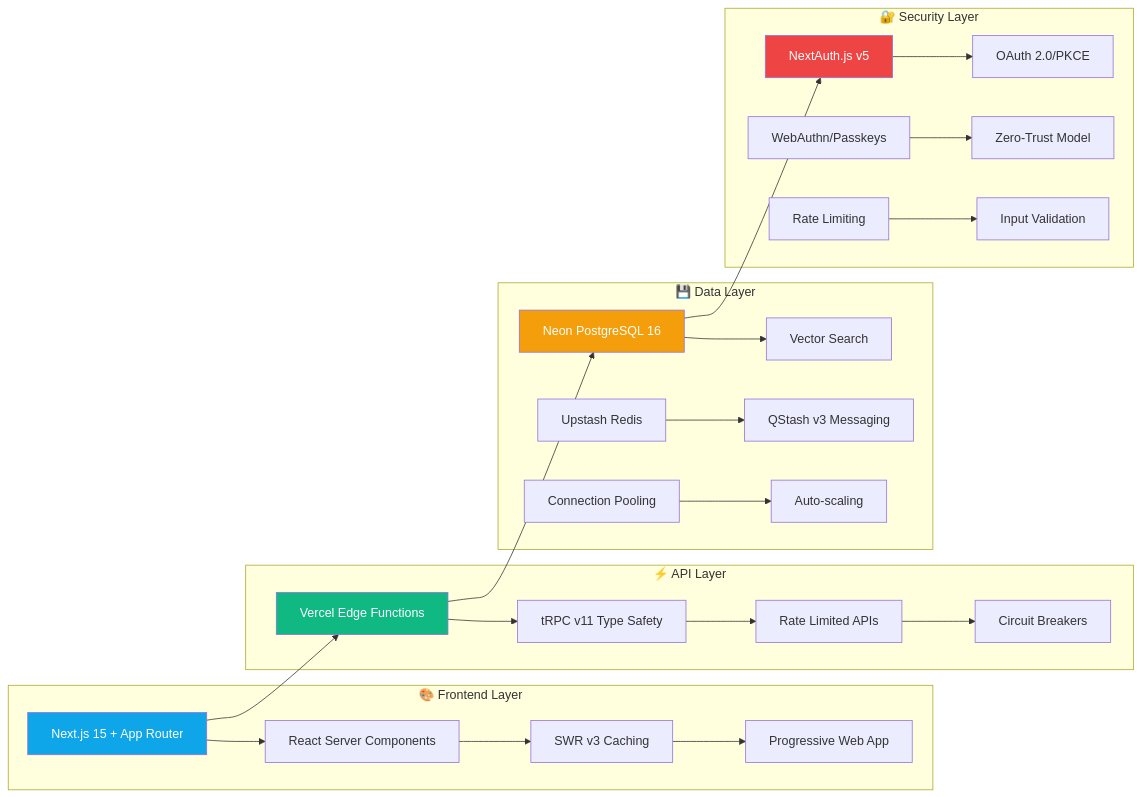
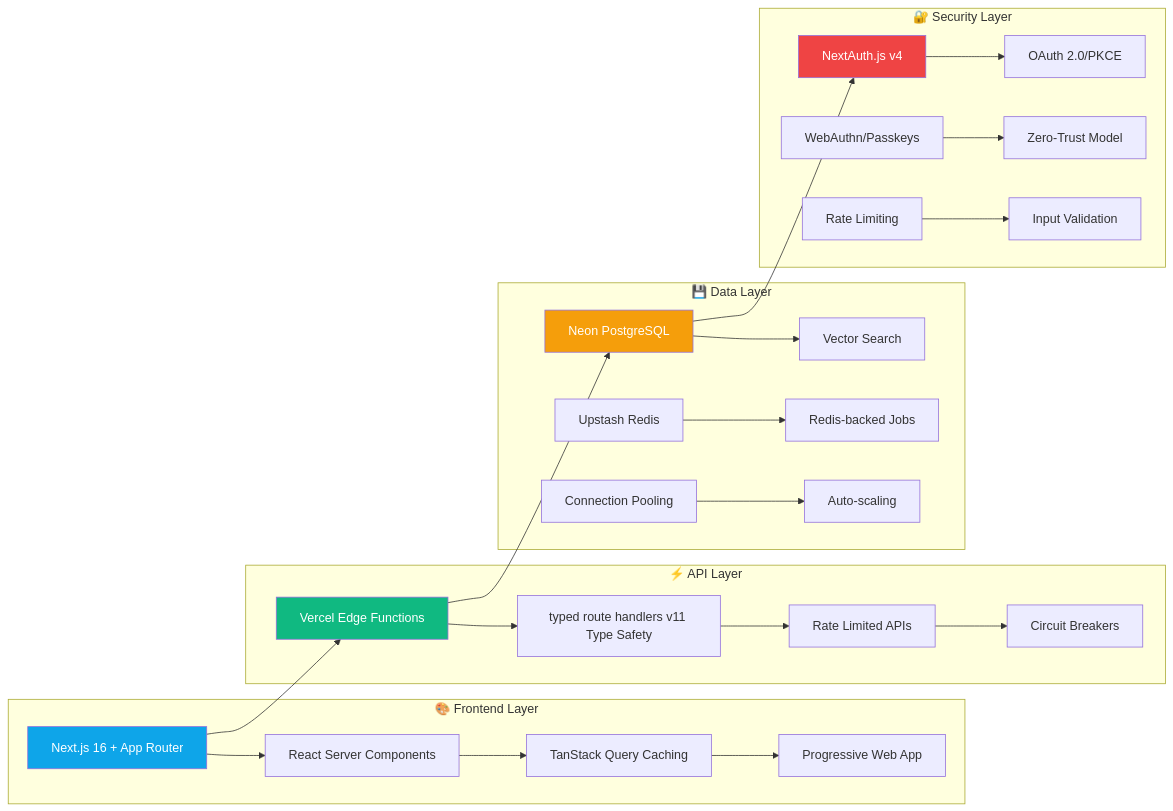
Before and after one commit to BjornMelin/contribux: the second of 4 diagrams in docs/executive-summary.md, drawn with Mermaid. The commit also changed other lines of this file and 79 other files, not shown here.

````diff
--- a/docs/executive-summary.md
+++ b/docs/executive-summary.md
@@ -66,35 +66,35 @@
 ```mermaid
 graph LR
     subgraph "🎨 Frontend Layer"
-        A[Next.js 15 + App Router] --> B[React Server Components]
-        B --> C[SWR v3 Caching]
+        A[Next.js 16 + App Router] --> B[React Server Components]
+        B --> C[TanStack Query Caching]
         C --> D[Progressive Web App]
     end
     
     subgraph "⚡ API Layer"
-        E[Vercel Edge Functions] --> F[tRPC v11 Type Safety]
+        E[Vercel Edge Functions] --> F[typed route handlers v11 Type Safety]
         F --> G[Rate Limited APIs]
         G --> H[Circuit Breakers]
     end
     
     subgraph "💾 Data Layer"
-        I[Neon PostgreSQL 16] --> J[Vector Search]
-        K[Upstash Redis] --> L[QStash v3 Messaging]
+        I[Neon PostgreSQL] --> J[Vector Search]
+        K[Upstash Redis] --> L[Redis-backed Jobs]
         M[Connection Pooling] --> N[Auto-scaling]
     end
     
     subgraph "🔐 Security Layer"
-        O[NextAuth.js v5] --> P[OAuth 2.0/PKCE]
+        O[NextAuth.js v4] --> P[OAuth 2.0/PKCE]
         Q[WebAuthn/Passkeys] --> R[Zero-Trust Model]
         S[Rate Limiting] --> T[Input Validation]
     end
     
     A --> E
     E --> I
     I --> O
     
     style A fill:#0EA5E9,color:#fff
     style E fill:#10B981,color:#fff
     style I fill:#F59E0B,color:#fff
     style O fill:#EF4444,color:#fff
 ```
````
